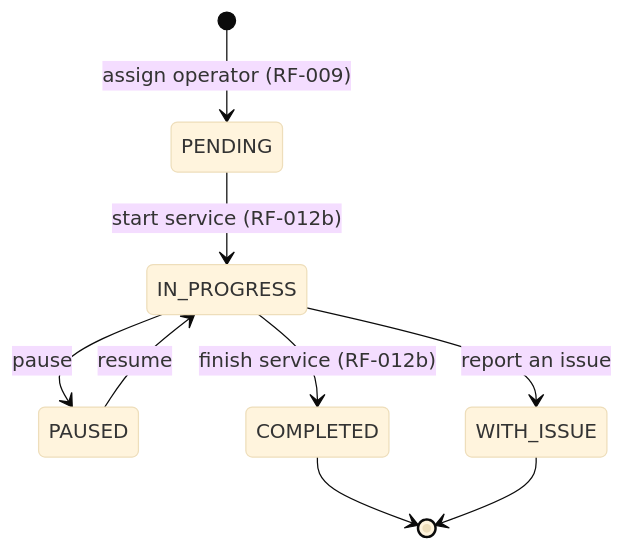
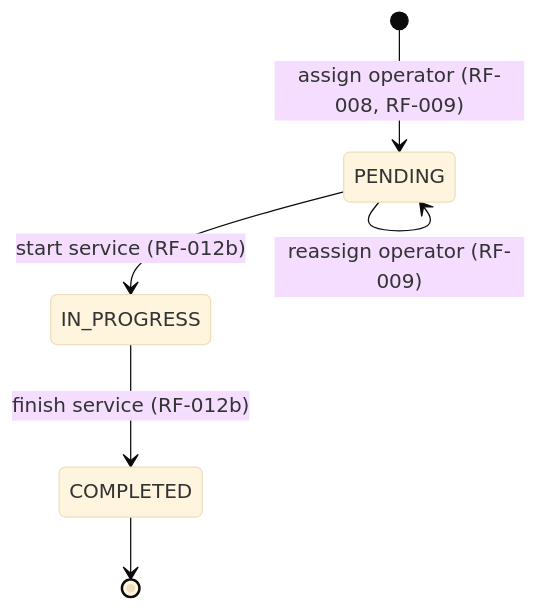
Before and after one commit to BrayanCABRERA123/lavarapido-docs: the eighth of 8 diagrams in 01_INFORME_DE_ESPECIFICACION_DE_REQUISITOS/EN/MD/requirements-specification-report.md, drawn with Mermaid (base theme). The commit also changed other lines of this file and 15 other files, not shown here.

Commit message:
docs(srs): remove the role change, fix the client cancel flow and update events and states (7.6)

````diff
--- a/01_INFORME_DE_ESPECIFICACION_DE_REQUISITOS/EN/MD/requirements-specification-report.md
+++ b/01_INFORME_DE_ESPECIFICACION_DE_REQUISITOS/EN/MD/requirements-specification-report.md
@@ -1332,11 +1299,8 @@
 ```mermaid
 stateDiagram-v2
-    [*] --> PENDING : assign operator (RF-009)
+    [*] --> PENDING : assign operator (RF-008, RF-009)
+    PENDING --> PENDING : reassign operator (RF-009)
     PENDING --> IN_PROGRESS : start service (RF-012b)
-    IN_PROGRESS --> PAUSED : pause
-    PAUSED --> IN_PROGRESS : resume
     IN_PROGRESS --> COMPLETED : finish service (RF-012b)
-    IN_PROGRESS --> WITH_ISSUE : report an issue
     COMPLETED --> [*]
-    WITH_ISSUE --> [*]
 ```
````
